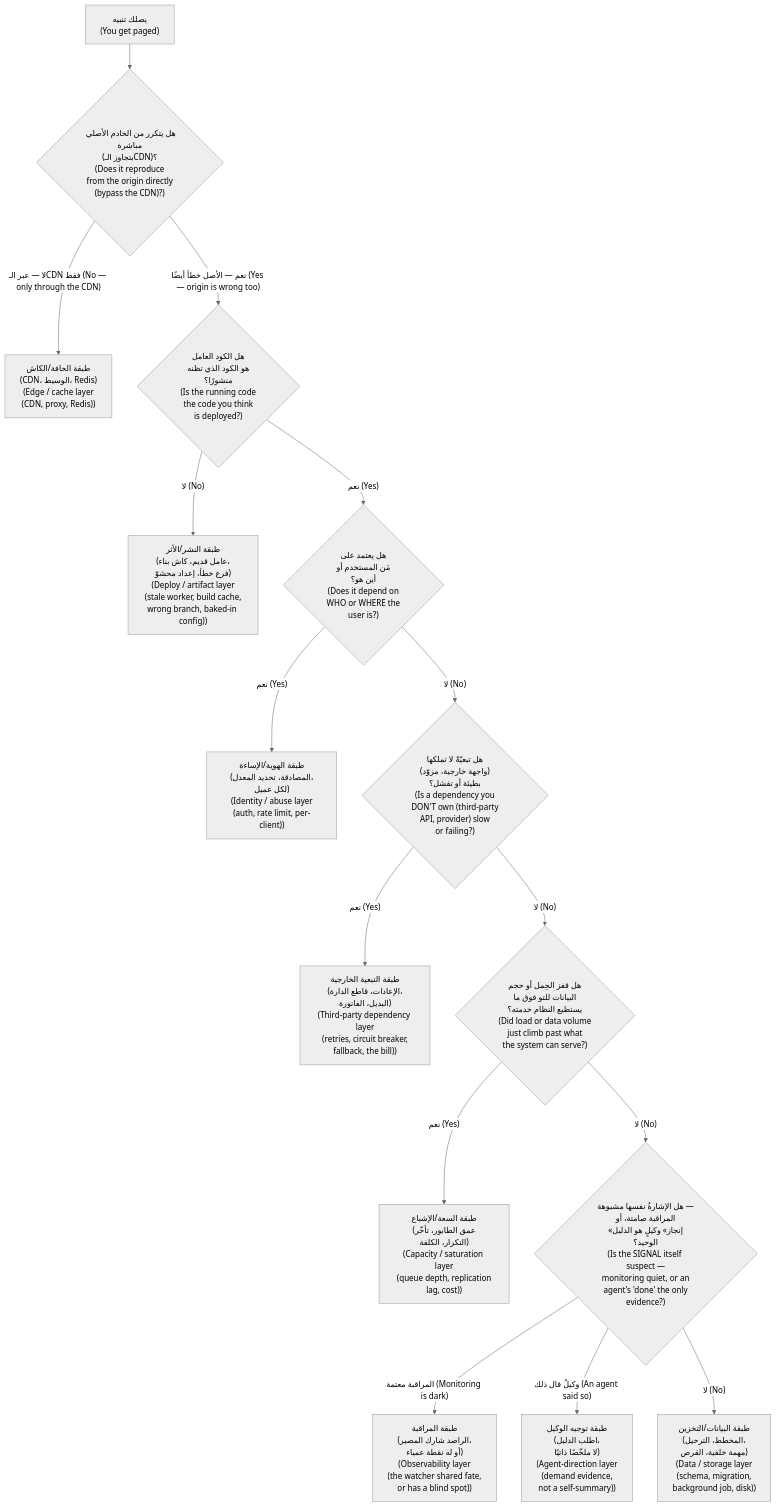
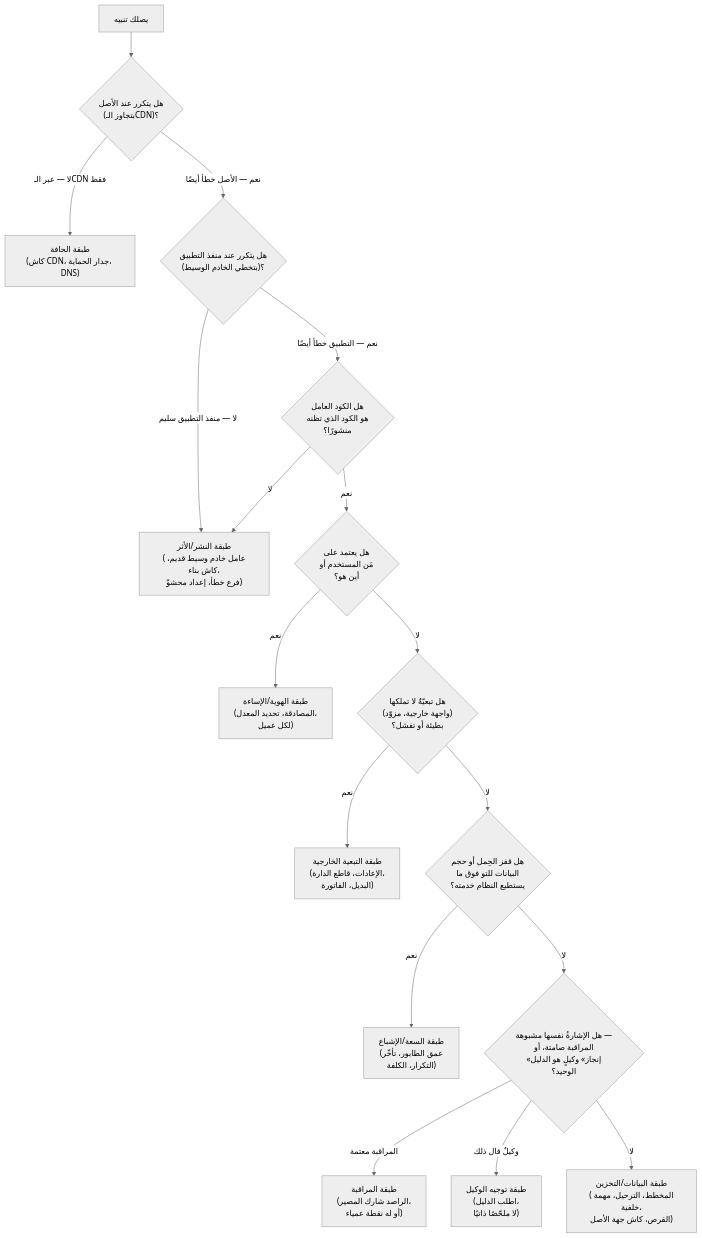
One commit to Tamoura/system-design-for-vibe-coders changed the first of 2 diagrams in modules/12-capstone/module.ar.md. Above: the diagram before and after it, drawn with Mermaid (neutral theme). The commit also changed other lines of this file and 551 other files, not shown here.

````diff
--- a/modules/12-capstone/module.ar.md
+++ b/modules/12-capstone/module.ar.md
@@ -27,17 +29,19 @@
 ```mermaid
 flowchart TD
-    P["يصلك تنبيه<br/>(You get paged)"] --> Q0{"هل يتكرر من الخادم الأصلي مباشرة<br/>(بتجاوز الـCDN)؟<br/>(Does it reproduce<br/>from the origin directly<br/>(bypass the CDN)?)"}
-    Q0 -->|"لا — عبر الـCDN فقط (No — only through the CDN)"| EDGE["طبقة الحافة/الكاش<br/>(CDN، الوسيط، Redis)<br/>(Edge / cache layer<br/>(CDN, proxy, Redis))"]
-    Q0 -->|"نعم — الأصل خطأ أيضًا (Yes — origin is wrong too)"| Q1{"هل الكود العامل<br/>هو الكود الذي تظنه<br/>منشورًا؟<br/>(Is the running code<br/>the code you think<br/>is deployed?)"}
-    Q1 -->|"لا (No)"| DEPLOY["طبقة النشر/الأثر<br/>(عامل قديم، كاش بناء،<br/>فرع خطأ، إعداد محشوّ)<br/>(Deploy / artifact layer<br/>(stale worker, build cache,<br/>wrong branch, baked-in config))"]
-    Q1 -->|"نعم (Yes)"| Q2{"هل يعتمد على<br/>مَن المستخدم أو<br/>أين هو؟<br/>(Does it depend on<br/>WHO or WHERE the<br/>user is?)"}
-    Q2 -->|"نعم (Yes)"| IDENT["طبقة الهوية/الإساءة<br/>(المصادقة، تحديد المعدل،<br/>لكل عميل)<br/>(Identity / abuse layer<br/>(auth, rate limit, per-client))"]
-    Q2 -->|"لا (No)"| Q3{"هل تبعيّةٌ لا تملكها<br/>(واجهة خارجية، مزوّد)<br/>بطيئة أو تفشل؟<br/>(Is a dependency you<br/>DON'T own (third-party<br/>API, provider) slow<br/>or failing?)"}
-    Q3 -->|"نعم (Yes)"| THIRD["طبقة التبعية الخارجية<br/>(الإعادات، قاطع الدارة،<br/>البديل، الفاتورة)<br/>(Third-party dependency layer<br/>(retries, circuit breaker,<br/>fallback, the bill))"]
-    Q3 -->|"لا (No)"| Q4{"هل قفز الحِمل أو حجم<br/>البيانات للتو فوق ما<br/>يستطيع النظام خدمته؟<br/>(Did load or data volume<br/>just climb past what<br/>the system can serve?)"}
-    Q4 -->|"نعم (Yes)"| CAP["طبقة السعة/الإشباع<br/>(عمق الطابور، تأخّر<br/>التكرار، الكلفة)<br/>(Capacity / saturation layer<br/>(queue depth, replication<br/>lag, cost))"]
-    Q4 -->|"لا (No)"| Q5{"هل الإشارةُ نفسها مشبوهة —<br/>المراقبة صامتة، أو<br/>«إنجاز» وكيلٍ هو الدليل<br/>الوحيد؟<br/>(Is the SIGNAL itself suspect —<br/>monitoring quiet, or an<br/>agent's 'done' the only<br/>evidence?)"}
-    Q5 -->|"المراقبة معتمة (Monitoring is dark)"| BLIND["طبقة المراقبة<br/>(الراصد شارك المصير،<br/>أو له نقطة عمياء)<br/>(Observability layer<br/>(the watcher shared fate,<br/>or has a blind spot))"]
-    Q5 -->|"وكيلٌ قال ذلك (An agent said so)"| AGENT["طبقة توجيه الوكيل<br/>(اطلب الدليل،<br/>لا ملخّصًا ذاتيًا)<br/>(Agent-direction layer<br/>(demand evidence,<br/>not a self-summary))"]
-    Q5 -->|"لا (No)"| DATA["طبقة البيانات/التخزين<br/>(المخطط، الترحيل،<br/>مهمة خلفية، القرص)<br/>(Data / storage layer<br/>(schema, migration,<br/>background job, disk))"]
+    P["يصلك تنبيه"] --> Q0{"هل يتكرر عند الأصل<br/>(بتجاوز الـCDN)؟"}
+    Q0 -->|"لا — عبر الـCDN فقط"| EDGE["طبقة الحافة<br/>(كاش CDN، جدار الحماية، DNS)"]
+    Q0 -->|"نعم — الأصل خطأ أيضًا"| QA{"هل يتكرر عند منفذ التطبيق<br/>(بتخطي الخادم الوسيط)؟"}
+    QA -->|"لا — منفذ التطبيق سليم"| DEPLOY["طبقة النشر/الأثر<br/>(عامل خادم وسيط قديم، كاش بناء،<br/>فرع خطأ، إعداد محشوّ)"]
+    QA -->|"نعم — التطبيق خطأ أيضًا"| Q1{"هل الكود العامل<br/>هو الكود الذي تظنه<br/>منشورًا؟"}
+    Q1 -->|"لا"| DEPLOY
+    Q1 -->|"نعم"| Q2{"هل يعتمد على<br/>مَن المستخدم أو<br/>أين هو؟"}
+    Q2 -->|"نعم"| IDENT["طبقة الهوية/الإساءة<br/>(المصادقة، تحديد المعدل،<br/>لكل عميل)"]
+    Q2 -->|"لا"| Q3{"هل تبعيّةٌ لا تملكها<br/>(واجهة خارجية، مزوّد)<br/>بطيئة أو تفشل؟"}
+    Q3 -->|"نعم"| THIRD["طبقة التبعية الخارجية<br/>(الإعادات، قاطع الدارة،<br/>البديل، الفاتورة)"]
+    Q3 -->|"لا"| Q4{"هل قفز الحِمل أو حجم<br/>البيانات للتو فوق ما<br/>يستطيع النظام خدمته؟"}
+    Q4 -->|"نعم"| CAP["طبقة السعة/الإشباع<br/>(عمق الطابور، تأخّر<br/>التكرار، الكلفة)"]
+    Q4 -->|"لا"| Q5{"هل الإشارةُ نفسها مشبوهة —<br/>المراقبة صامتة، أو<br/>«إنجاز» وكيلٍ هو الدليل<br/>الوحيد؟"}
+    Q5 -->|"المراقبة معتمة"| BLIND["طبقة المراقبة<br/>(الراصد شارك المصير،<br/>أو له نقطة عمياء)"]
+    Q5 -->|"وكيلٌ قال ذلك"| AGENT["طبقة توجيه الوكيل<br/>(اطلب الدليل،<br/>لا ملخّصًا ذاتيًا)"]
+    Q5 -->|"لا"| DATA["طبقة البيانات/التخزين<br/>(المخطط، الترحيل، مهمة خلفية،<br/>القرص، كاش جهة الأصل)"]
 ```
````
